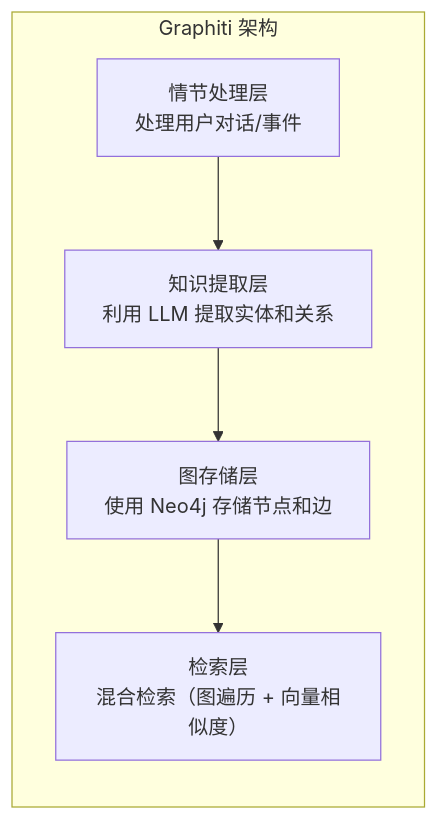
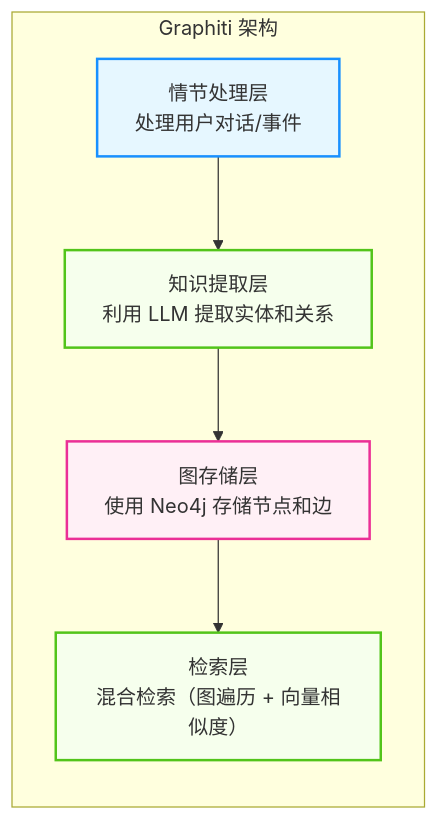
The fourth of 4 diagrams in 03_memory/3.5_graph_memory.md (yeasy/agentic_ai_guide), drawn with Mermaid before and after one commit. The commit also changed other lines of this file and 36 other files, not shown here.

````diff
--- a/03_memory/3.5_graph_memory.md
+++ b/03_memory/3.5_graph_memory.md
@@ -153,14 +180,24 @@
 ```mermaid
 graph TD
+    %% Agentic Design System
+    classDef agent fill:#e6f7ff,stroke:#1890ff,stroke-width:2px;
+    classDef memory fill:#fff0f6,stroke:#eb2f96,stroke-width:2px;
+    classDef tool fill:#f6ffed,stroke:#52c41a,stroke-width:2px;
+
     subgraph Graphiti["Graphiti 架构"]
         direction TB
         L1["情节处理层<br>处理用户对话/事件"]
         L2["知识提取层<br>利用 LLM 提取实体和关系"]
         L3["图存储层<br>使用 Neo4j 存储节点和边"]
         L4["检索层<br>混合检索（图遍历 + 向量相似度）"]
 
         L1 --> L2
         L2 --> L3
         L3 --> L4
     end
+    
+    class L1 agent;
+    class L2 tool;
+    class L3 memory;
+    class L4 tool;
 ```
````
